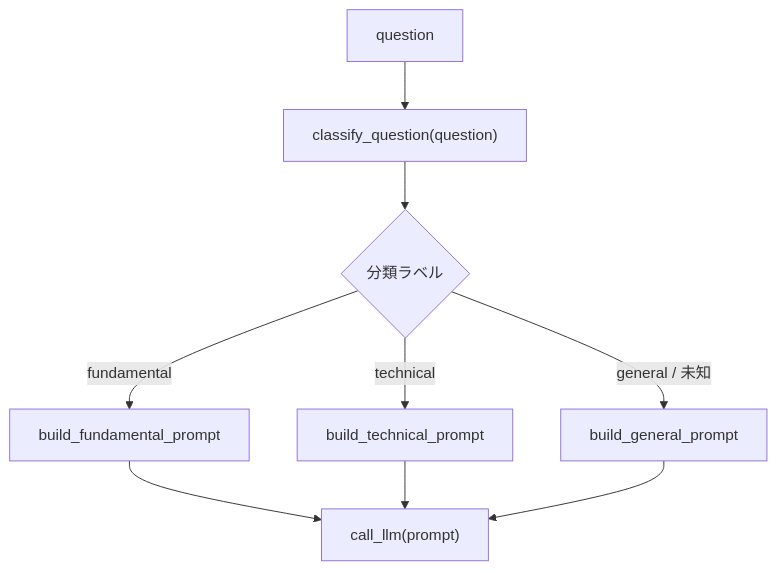
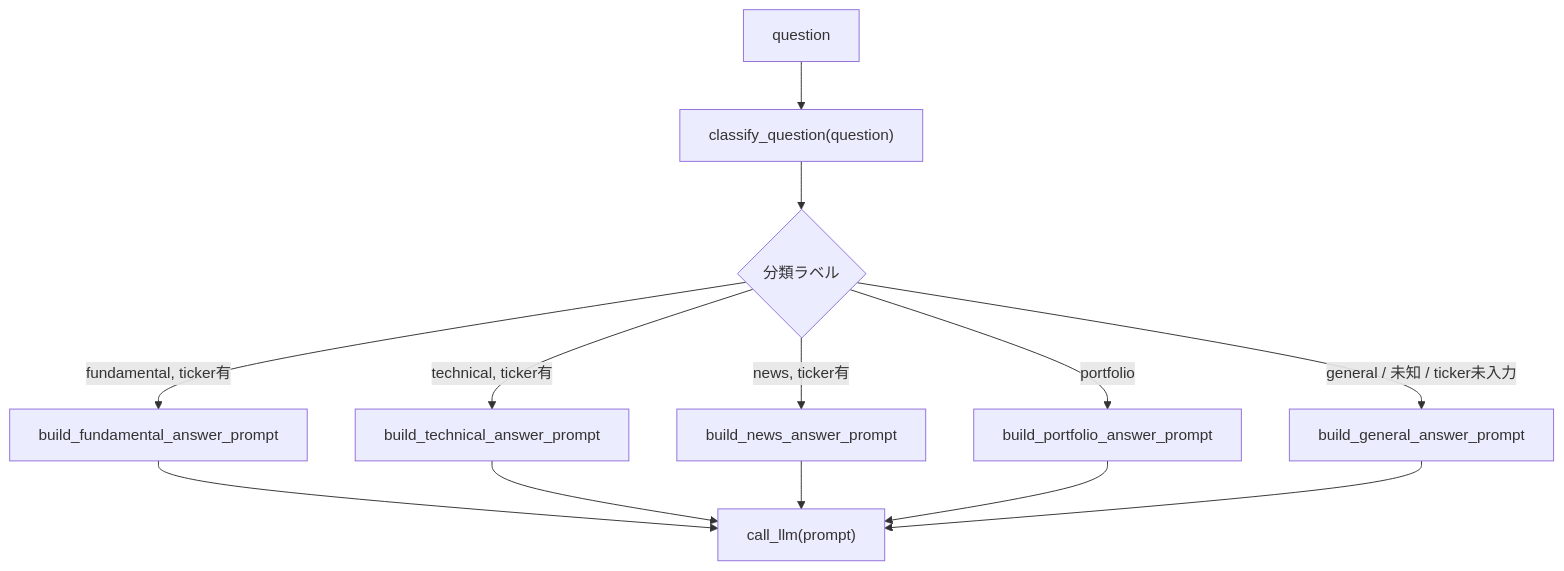
The diagram in docs/05-agentic-workflow-patterns/02-routing.md (duwenji/genai-app-integration-tutorial), drawn with Mermaid before and after one commit. The commit also changed other lines of this file and 7 other files, not shown here.

````diff
--- a/docs/05-agentic-workflow-patterns/02-routing.md
+++ b/docs/05-agentic-workflow-patterns/02-routing.md
@@ -79,11 +114,15 @@
 ```mermaid
 flowchart TD
     A["question"] --> B["classify_question(question)"]
     B --> C{"分類ラベル"}
-    C -->|fundamental| D["build_fundamental_prompt"]
-    C -->|technical| E["build_technical_prompt"]
-    C -->|"general / 未知"| F["build_general_prompt"]
-    D --> G["call_llm(prompt)"]
-    E --> G
-    F --> G
+    C -->|fundamental, ticker有| D["build_fundamental_answer_prompt"]
+    C -->|technical, ticker有| E["build_technical_answer_prompt"]
+    C -->|news, ticker有| F["build_news_answer_prompt"]
+    C -->|portfolio| G["build_portfolio_answer_prompt"]
+    C -->|"general / 未知 / ticker未入力"| H["build_general_answer_prompt"]
+    D --> I["call_llm(prompt)"]
+    E --> I
+    F --> I
+    G --> I
+    H --> I
 ```
````
